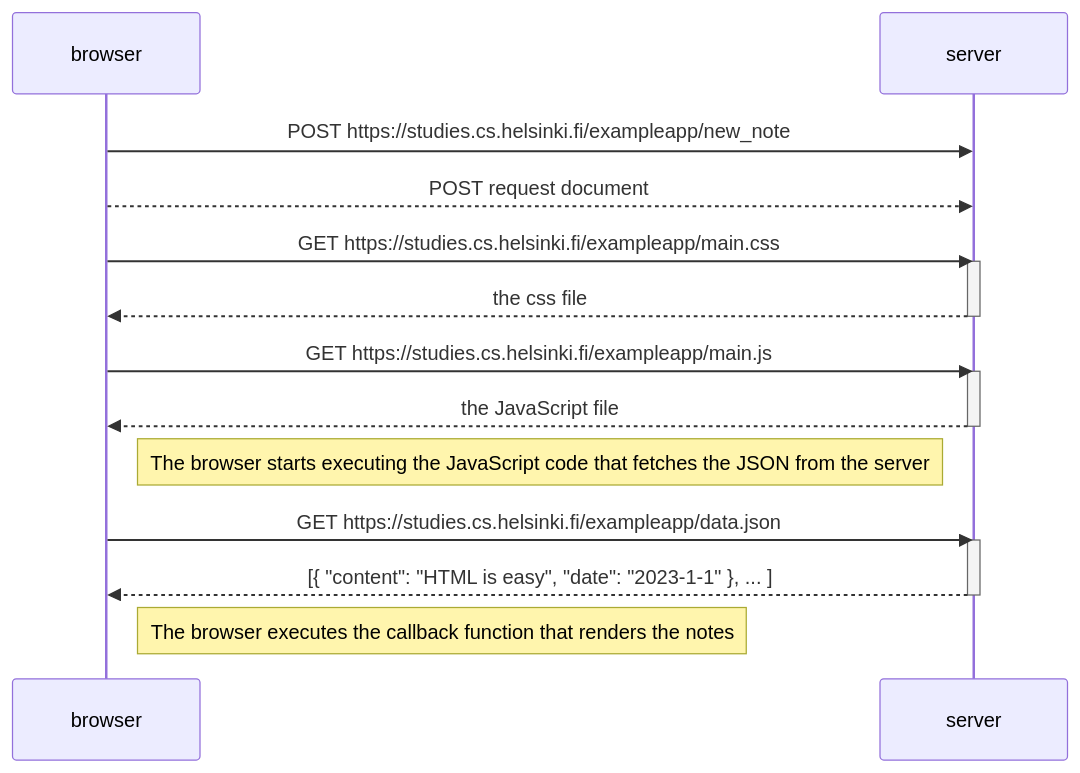
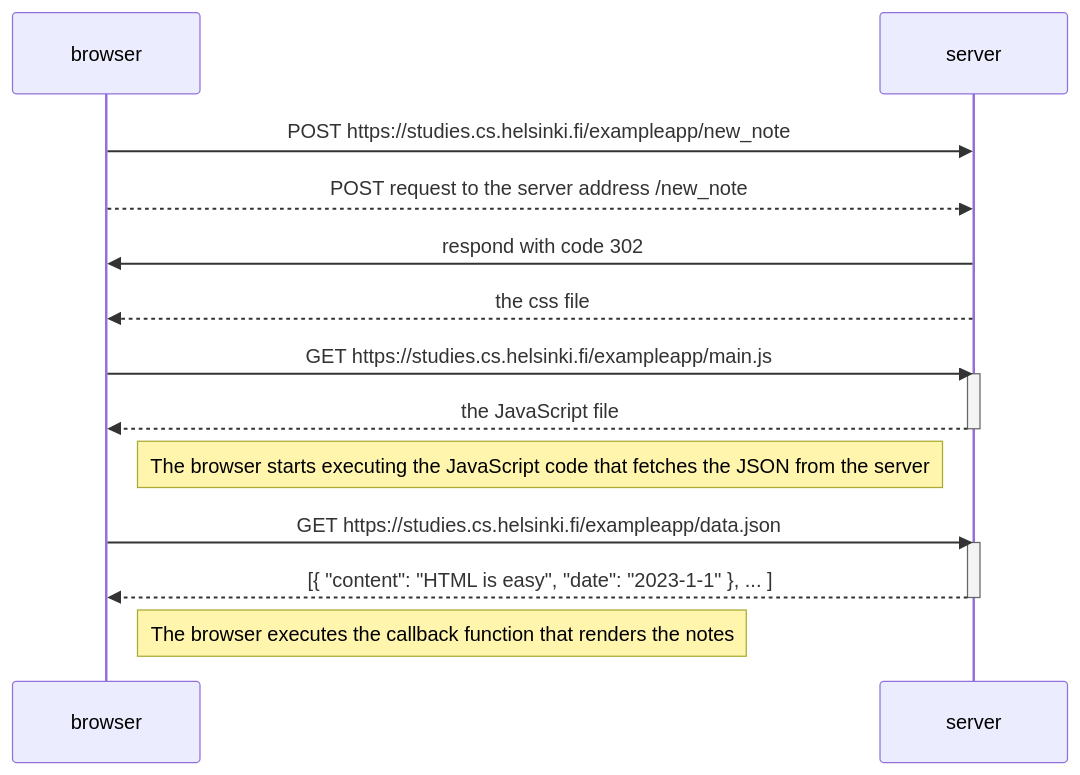
One commit to Rizz071/Fullstackopen changed the diagram in part0/0.4 New note diagram.md. Above: the diagram before and after it, drawn with Mermaid.

Commit message:
Update 0.4 New note diagram.md

````diff
--- a/part0/0.4 New note diagram.md
+++ b/part0/0.4 New note diagram.md
@@ -1,27 +1,26 @@
 ```mermaid
 sequenceDiagram
     participant browser
     participant server
 
     browser->>server: POST https://studies.cs.helsinki.fi/exampleapp/new_note
-    browser-->>server: POST request document
+    browser-->>server: POST request to the server address /new_note
 
-    browser->>server: GET https://studies.cs.helsinki.fi/exampleapp/main.css
-    activate server
+    server->>browser: respond with code 302
     server-->>browser: the css file
-    deactivate server
+   
 
     browser->>server: GET https://studies.cs.helsinki.fi/exampleapp/main.js
     activate server
     server-->>browser: the JavaScript file
     deactivate server
 
     Note right of browser: The browser starts executing the JavaScript code that fetches the JSON from the server
 
     browser->>server: GET https://studies.cs.helsinki.fi/exampleapp/data.json
     activate server
     server-->>browser: [{ "content": "HTML is easy", "date": "2023-1-1" }, ... ]
     deactivate server
 
     Note right of browser: The browser executes the callback function that renders the notes
 ```
````
